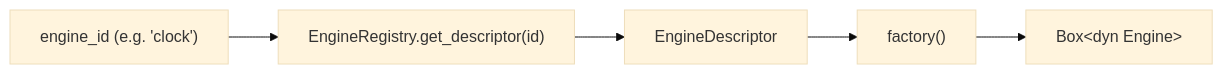
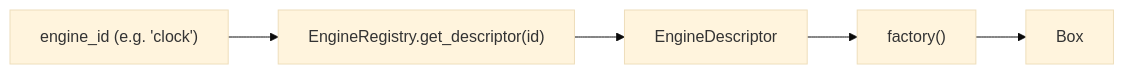
Before and after one commit to red77290/ArcadeMatrix_RPI: the third of 14 diagrams in docs/ARCHITECTURE.md, drawn with Mermaid (base theme). The commit also changed other lines of this file and 5 other files, not shown here.

Commit message:
docs: fix mermaid diagrams parsing errors due to html entities

````diff
--- a/docs/ARCHITECTURE.md
+++ b/docs/ARCHITECTURE.md
@@ -219,7 +219,7 @@
 ```mermaid
 flowchart LR
     ID["engine_id (e.g. 'clock')"] --> REG["EngineRegistry.get_descriptor(id)"]
     REG --> DESC["EngineDescriptor"]
     DESC --> FAC["factory()"]
-    FAC --> INST["Box&lt;dyn Engine&gt;"]
+    FAC --> INST["Box<dyn Engine>"]
 ```
````
